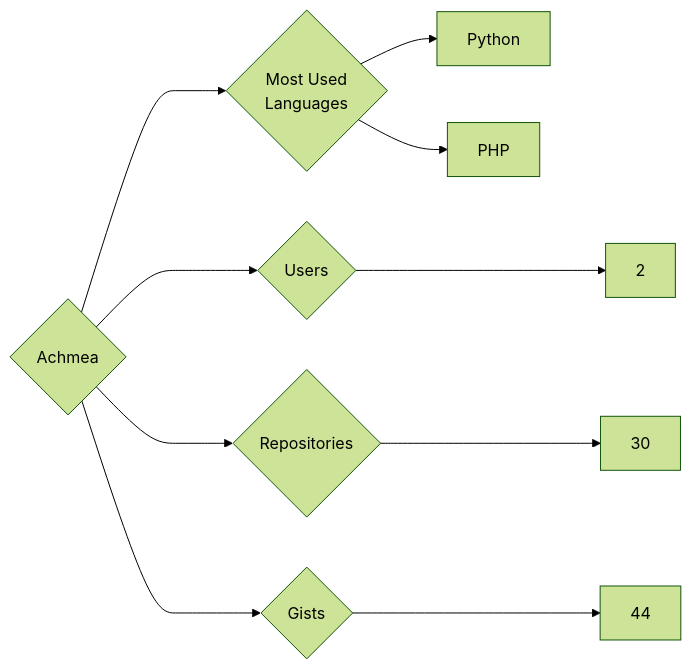
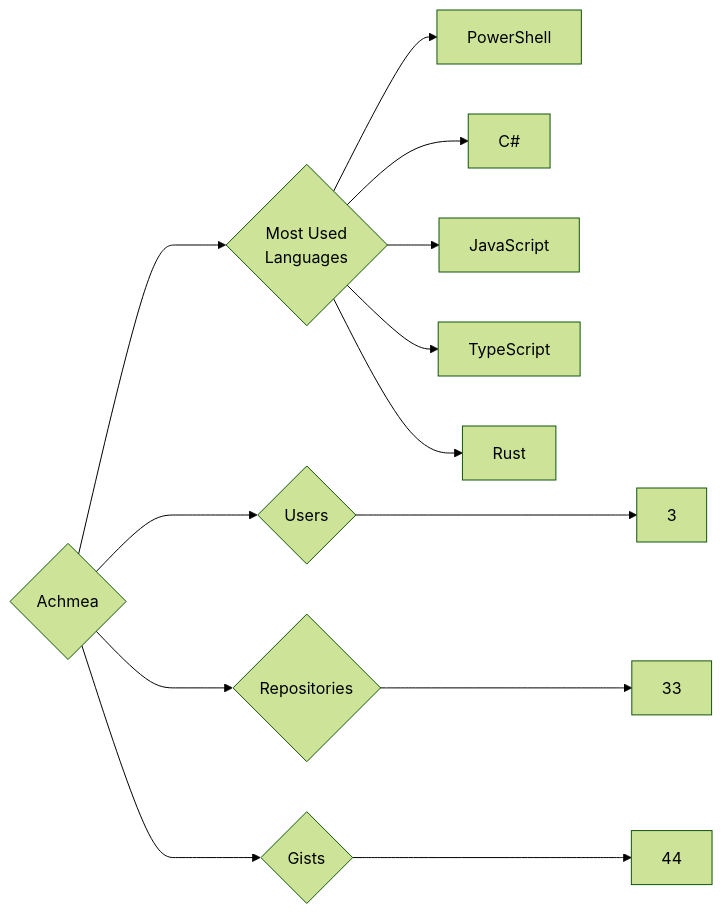
The diagram in targets/Achmea/README.md (trickest/insiders), drawn with Mermaid (forest theme) before and after one commit. The commit also changed 1166 other files, not shown here.

````diff
--- a/targets/Achmea/README.md
+++ b/targets/Achmea/README.md
@@ -3,10 +3,13 @@
 ```mermaid
 graph LR
 COMPANY_NAME{Achmea}
-COMPANY_NAME ---> U{Users} ---> UN[2]
-COMPANY_NAME ---> R{Repositories} ---> RN[30]
+COMPANY_NAME ---> U{Users} ---> UN[3]
+COMPANY_NAME ---> R{Repositories} ---> RN[33]
 COMPANY_NAME ---> G{Gists} ---> GN[44]
 COMPANY_NAME ---> ML{Most Used<br>Languages}
-ML --> Python[Python]
-ML --> PHP[PHP]
+ML --> PowerShell[PowerShell]
+ML --> C#[C#]
+ML --> JavaScript[JavaScript]
+ML --> TypeScript[TypeScript]
+ML --> Rust[Rust]
 ```
````
